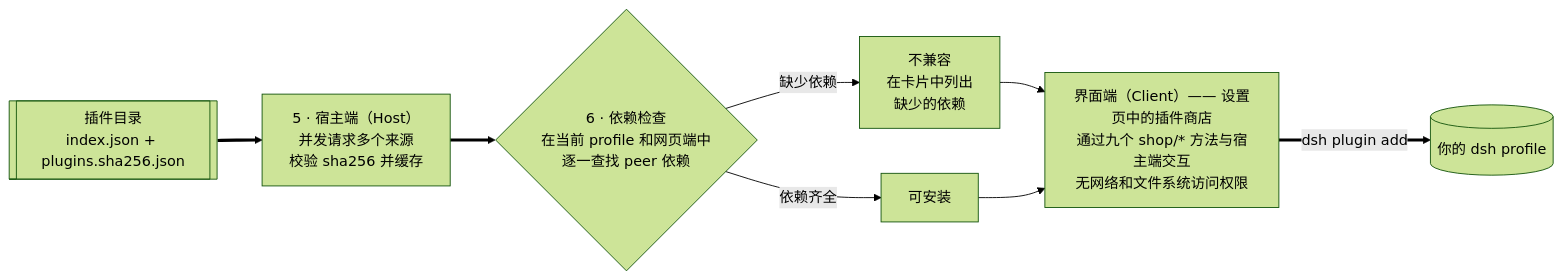
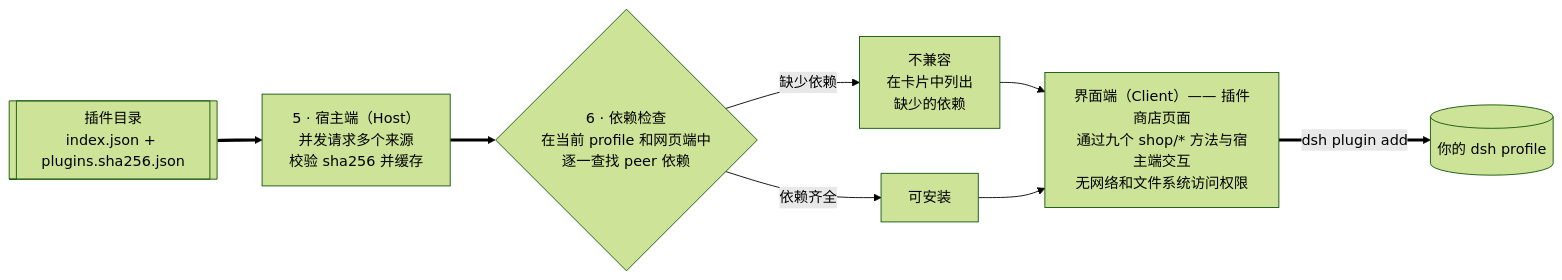
The second of 2 diagrams in README.zh.md (LivXue/dsh-plugin-shop), drawn with Mermaid (forest theme) before and after one commit. The commit also changed other lines of this file and 6 other files, not shown here.

````diff
--- a/README.zh.md
+++ b/README.zh.md
@@ -144,11 +144,11 @@
 ```mermaid
 flowchart LR
   CAT[["插件目录<br/>index.json + plugins.sha256.json"]]
   CAT ==> HOST["5 · 宿主端（Host）<br/>并发请求多个来源<br/>校验 sha256 并缓存"]
   HOST ==> DEP{"6 · 依赖检查<br/>在当前 profile 和网页端中<br/>逐一查找 peer 依赖"}
   DEP -->|"缺少依赖"| BAD["不兼容<br/>在卡片中列出<br/>缺少的依赖"]
   DEP -->|"依赖齐全"| GOOD["可安装"]
-  BAD --> CLIENT["界面端（Client）—— 设置页中的插件商店<br/>通过九个 shop/* 方法与宿主端交互<br/>无网络和文件系统访问权限"]
+  BAD --> CLIENT["界面端（Client）—— 插件商店页面<br/>通过九个 shop/* 方法与宿主端交互<br/>无网络和文件系统访问权限"]
   GOOD --> CLIENT
   CLIENT ==>|"dsh plugin add"| PROF[("你的 dsh profile")]
 ```
````
